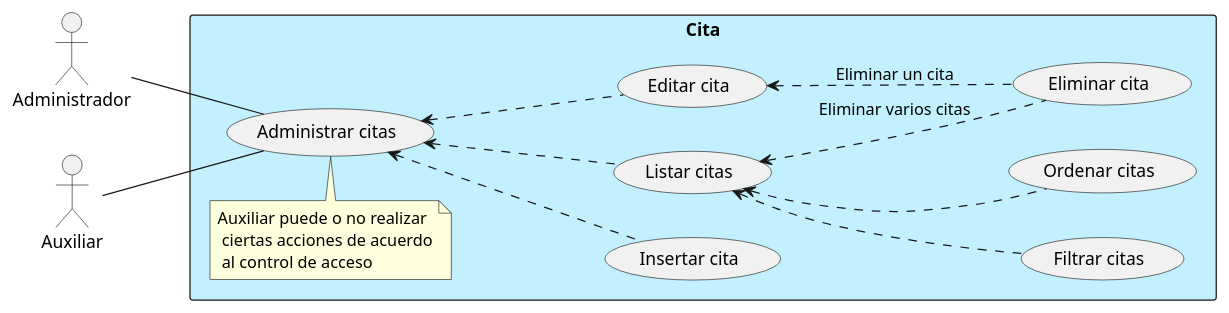
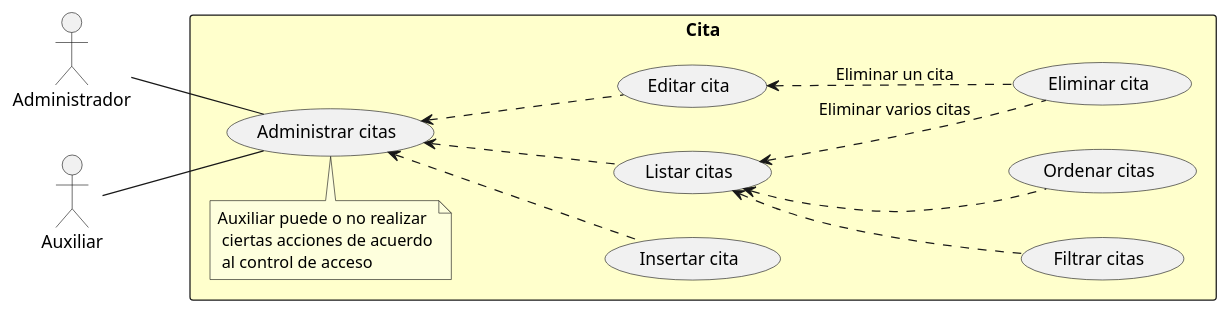
Before and after one commit to capsi-ucp/capsi-ucp.github.io: the diagram in ROOT/modules/proyecto/puml/citas-usecase.puml, drawn with PlantUML. The commit also changed 2 other files, not shown here.

```diff
--- a/ROOT/modules/proyecto/puml/citas-usecase.puml
+++ b/ROOT/modules/proyecto/puml/citas-usecase.puml
@@ -1,29 +1,29 @@
 @startuml
 left to right direction
 actor Administrador
 actor Auxiliar
 
-rectangle Cita #Application {
+rectangle Cita #BUSINESS {
   usecase "Insertar cita" as C
   usecase "Listar citas" as R
   usecase "Editar cita" as U
   usecase "Eliminar cita" as D
   usecase "Filtrar citas" as Searchable
   usecase "Ordenar citas" as Sortable
   usecase "Administrar citas" as CRUD
   note "Auxiliar puede o no realizar\r\n ciertas acciones de acuerdo\r\n al control de acceso" as Acl
 }
 
 CRUD <--. C
 CRUD <--. R
 CRUD <--. U
 
 R <.. Searchable
 R <.. Sortable
 U <.. D: "Eliminar un cita"
 R <.. D: "Eliminar varios citas"
 
 Administrador -- CRUD
 Auxiliar -- CRUD
 Acl - CRUD
 @enduml
```
